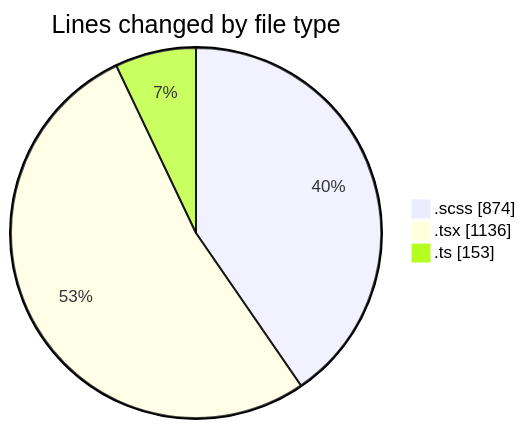
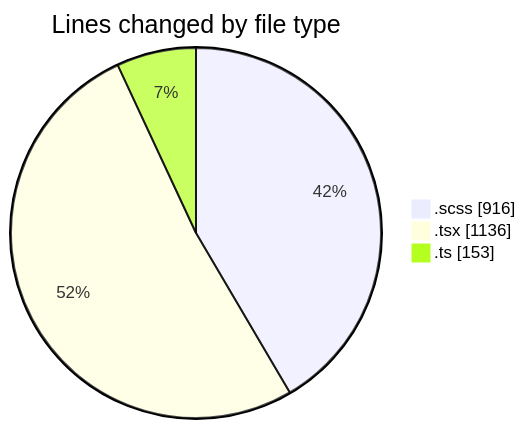
One commit to momahboobian/code-tracking changed the first of 2 diagrams in 2025-03-28/cda/README.md. Above: the diagram before and after it, drawn with Mermaid. The commit also changed other lines of this file and 1 other file, not shown here.

````diff
--- a/2025-03-28/cda/README.md
+++ b/2025-03-28/cda/README.md
@@ -26,7 +26,7 @@
 ```mermaid
 pie showData
 title Lines changed by file type
-".scss" : 874
+".scss" : 916
 ".tsx" : 1136
 ".ts" : 153
 ```
````
